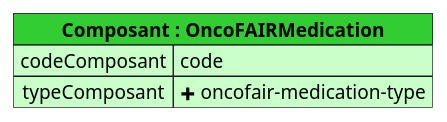
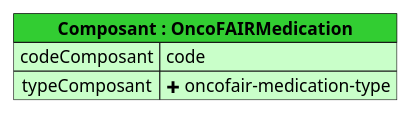
Before and after one commit to ONCOFAIR/FHIR-ImplementationGuide-Article: the diagram in input/images-source/OncoFAIRMedication.plantuml, drawn with PlantUML. The commit also changed 9 other files, not shown here.

```diff
--- a/input/images-source/OncoFAIRMedication.plantuml
+++ b/input/images-source/OncoFAIRMedication.plantuml
@@ -1,9 +1,10 @@
 @startuml
 
+scale 300 width
 map "**Composant : OncoFAIRMedication**" as Composant #back:TECHNOLOGY;header:LimeGreen {
     codeComposant => code
     typeComposant => <&plus> oncofair-medication-type
 }
 
 
 @enduml
```
